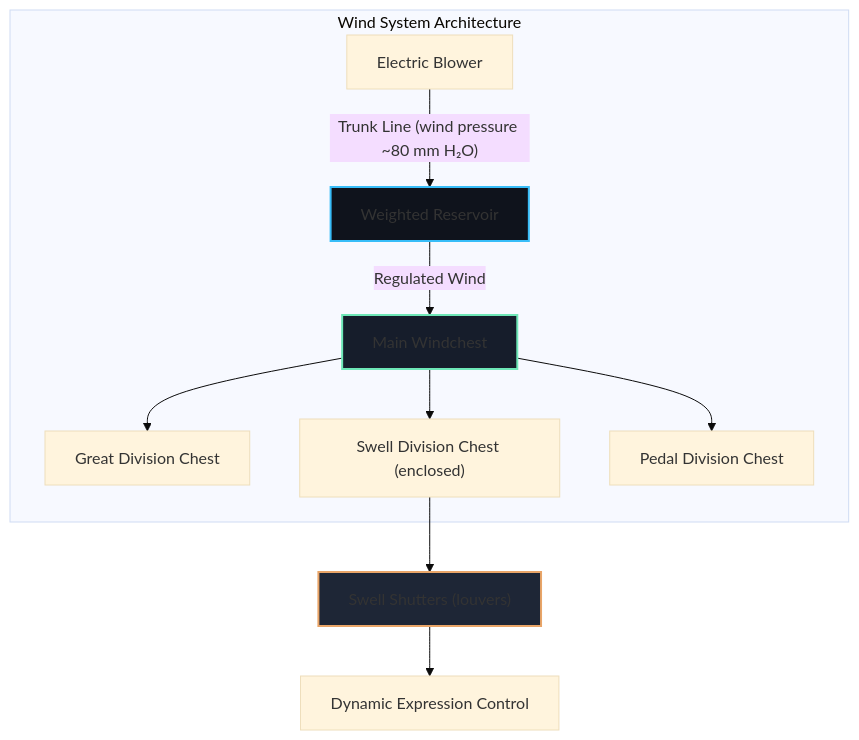
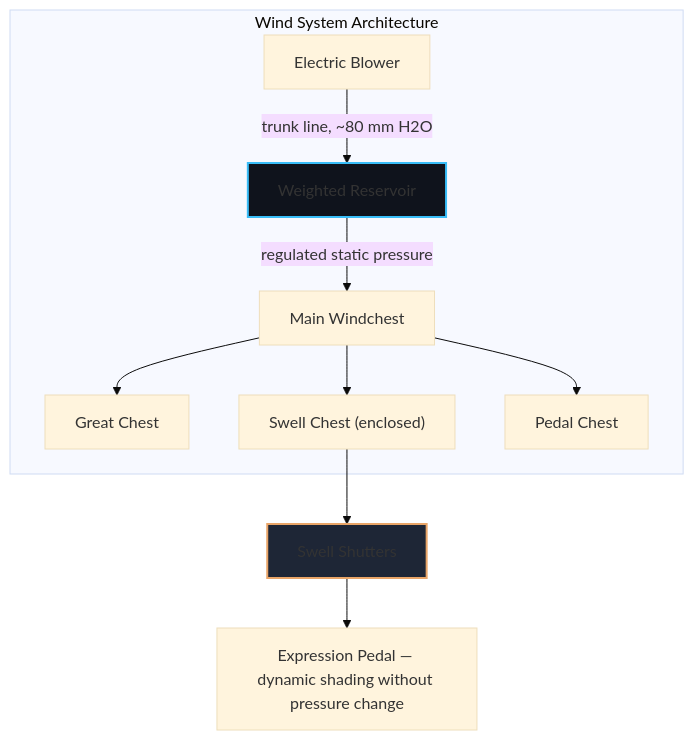
The second of 3 diagrams in topics/arts/music_performance/organ/lesson_02_basic_playing_techniques.md (blebleblee/synapse), drawn with Mermaid (base theme) before and after one commit. The commit also changed other lines of this file and 4 other files, not shown here.

````diff
--- a/topics/arts/music_performance/organ/lesson_02_basic_playing_techniques.md
+++ b/topics/arts/music_performance/organ/lesson_02_basic_playing_techniques.md
@@ -62,17 +48,14 @@
 ```mermaid
 graph TB
-    subgraph sub_wind_system_architecture ["Wind System Architecture"]
-        Blower["Electric Blower"] -->|"Trunk Line (wind pressure ~80 mm H₂O)"| Reservoir["Weighted Reservoir"]
-        Reservoir -->|"Regulated Wind"| MainWindchest["Main Windchest"]
-        MainWindchest --> Division1["Great Division Chest"]
-        MainWindchest --> Division2["Swell Division Chest (enclosed)"]
-        MainWindchest --> Division3["Pedal Division Chest"]
+    subgraph sub_wind_system ["Wind System Architecture"]
+        Blower["Electric Blower"] -->|"trunk line, ~80 mm H2O"| Reservoir["Weighted Reservoir"]
+        Reservoir -->|"regulated static pressure"| Chest["Main Windchest"]
+        Chest --> Great["Great Chest"]
+        Chest --> Swell["Swell Chest (enclosed)"]
+        Chest --> Pedal["Pedal Chest"]
     end
-    
-    Division2 --> SwellShutters["Swell Shutters (louvers)"]
-    SwellShutters --> Expression["Dynamic Expression Control"]
-    
+    Swell --> Shutters["Swell Shutters"]
+    Shutters --> Expr["Expression Pedal — dynamic shading without pressure change"]
     style Reservoir fill:#0F131C,stroke:#38BDF8,stroke-width:2px
-    style MainWindchest fill:#161D2B,stroke:#6EE7B7,stroke-width:2px
-    style SwellShutters fill:#1E2636,stroke:#E9A568,stroke-width:2px
+    style Shutters fill:#1E2636,stroke:#E9A568,stroke-width:2px
 ```
````
